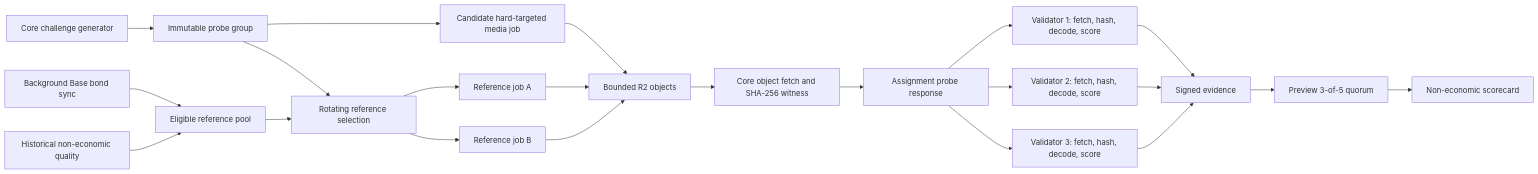
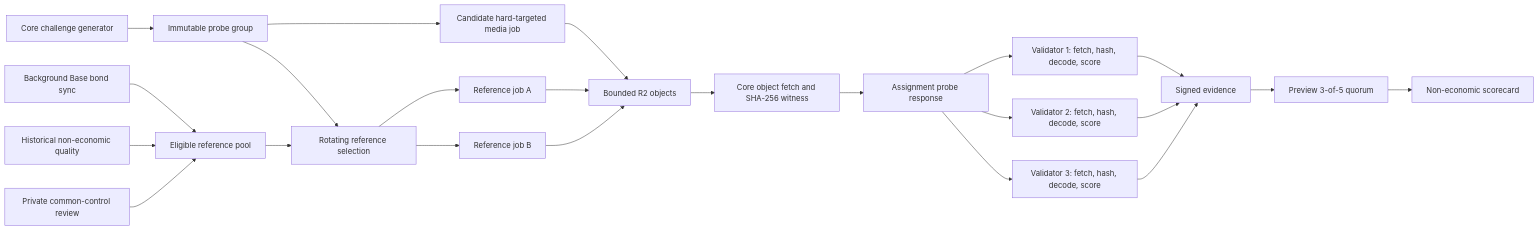
One commit to AIPowerGrid/grid-core changed the diagram in docs/architecture/MEDIA_VALIDATION_V1.md. Above: the diagram before and after it, drawn with Mermaid. The commit also changed other lines of this file and 16 other files, not shown here.

````diff
--- a/docs/architecture/MEDIA_VALIDATION_V1.md
+++ b/docs/architecture/MEDIA_VALIDATION_V1.md
@@ -57,24 +59,25 @@
 ```mermaid
 flowchart LR
     C[Core challenge generator] --> G[Immutable probe group]
     B[Background Base bond sync] --> P[Eligible reference pool]
     Q[Historical non-economic quality] --> P
+    W[Private common-control review] --> P
     P --> R[Rotating reference selection]
     G --> X[Candidate hard-targeted media job]
     G --> R
     R --> R1[Reference job A]
     R --> R2[Reference job B]
     X --> S[Bounded R2 objects]
     R1 --> S
     R2 --> S
     S --> H[Core object fetch and SHA-256 witness]
     H --> A[Assignment probe response]
     A --> V1[Validator 1: fetch, hash, decode, score]
     A --> V2[Validator 2: fetch, hash, decode, score]
     A --> V3[Validator 3: fetch, hash, decode, score]
     V1 --> E[Signed evidence]
     V2 --> E
     V3 --> E
     E --> QRM[Preview 3-of-5 quorum]
     QRM --> SC[Non-economic scorecard]
 ```
````
